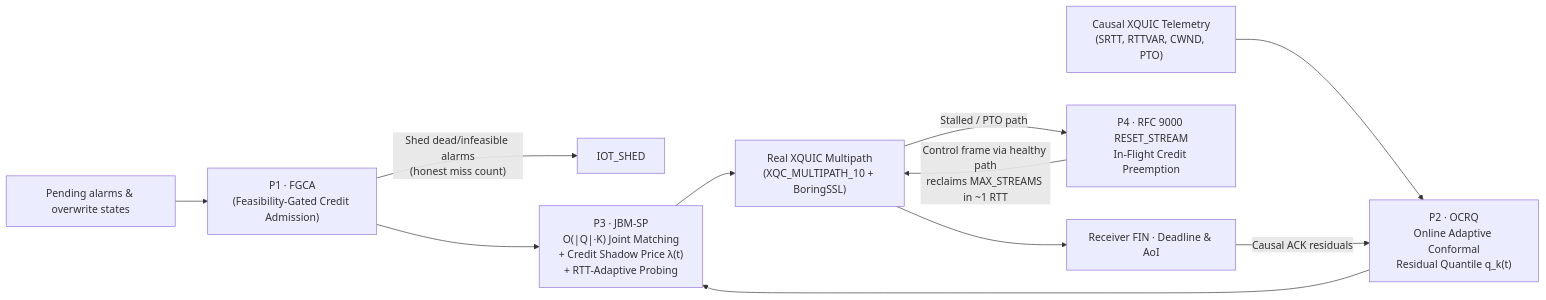
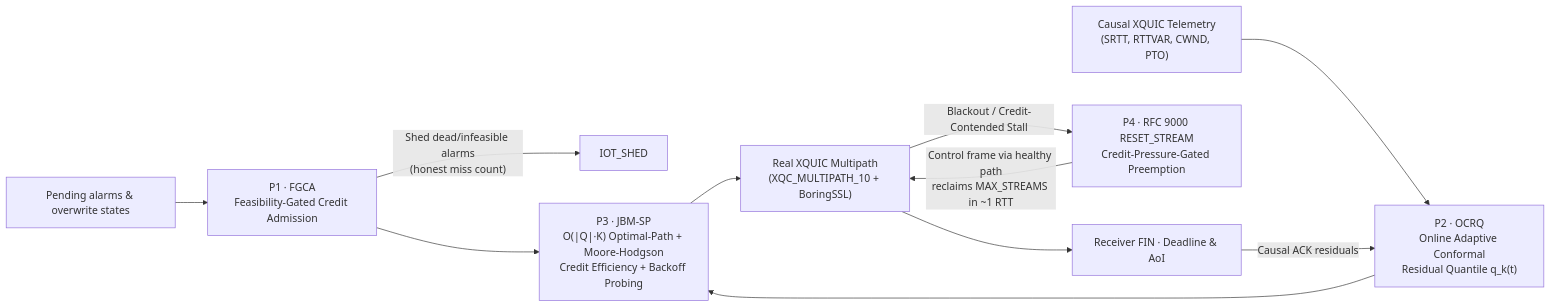
Before and after one commit to Sver0411/IoT-MPQUIC-Scheduler: the diagram in README.md, drawn with Mermaid. The commit also changed other lines of this file and 22 other files, not shown here.

Commit message:
feat(acsp-mpquic): V2 Moore-Hodgson JBM-SP, probe backoff, credit-gated RESET_STREAM, and 1,224-run held-out re-evaluation

````diff
--- a/README.md
+++ b/README.md
@@ -28,13 +28,13 @@
 ```mermaid
 flowchart LR
-    Q["Pending alarms & overwrite states"] --> P1["P1 · FGCA\n(Feasibility-Gated Credit Admission)"]
+    Q["Pending alarms & overwrite states"] --> P1["P1 · FGCA\nFeasibility-Gated Credit Admission"]
     P1 -->|"Shed dead/infeasible alarms\n(honest miss count)"| SHED["IOT_SHED"]
-    P1 --> P3["P3 · JBM-SP\nO(|Q|·K) Joint Matching\n+ Credit Shadow Price λ(t)\n+ RTT-Adaptive Probing"]
+    P1 --> P3["P3 · JBM-SP\nO(|Q|·K) Optimal-Path + Moore-Hodgson\nCredit Efficiency + Backoff Probing"]
     T["Causal XQUIC Telemetry\n(SRTT, RTTVAR, CWND, PTO)"] --> P2["P2 · OCRQ\nOnline Adaptive Conformal\nResidual Quantile q_k(t)"]
     P2 --> P3
     P3 --> XQ["Real XQUIC Multipath\n(XQC_MULTIPATH_10 + BoringSSL)"]
-    XQ -->|"Stalled / PTO path"| P4["P4 · RFC 9000 RESET_STREAM\nIn-Flight Credit Preemption"]
+    XQ -->|"Blackout / Credit-Contended Stall"| P4["P4 · RFC 9000 RESET_STREAM\nCredit-Pressure-Gated Preemption"]
     P4 -->|"Control frame via healthy path\nreclaims MAX_STREAMS in ~1 RTT"| XQ
     XQ --> RX["Receiver FIN · Deadline & AoI"]
     RX -->|"Causal ACK residuals"| P2
 ```
````
